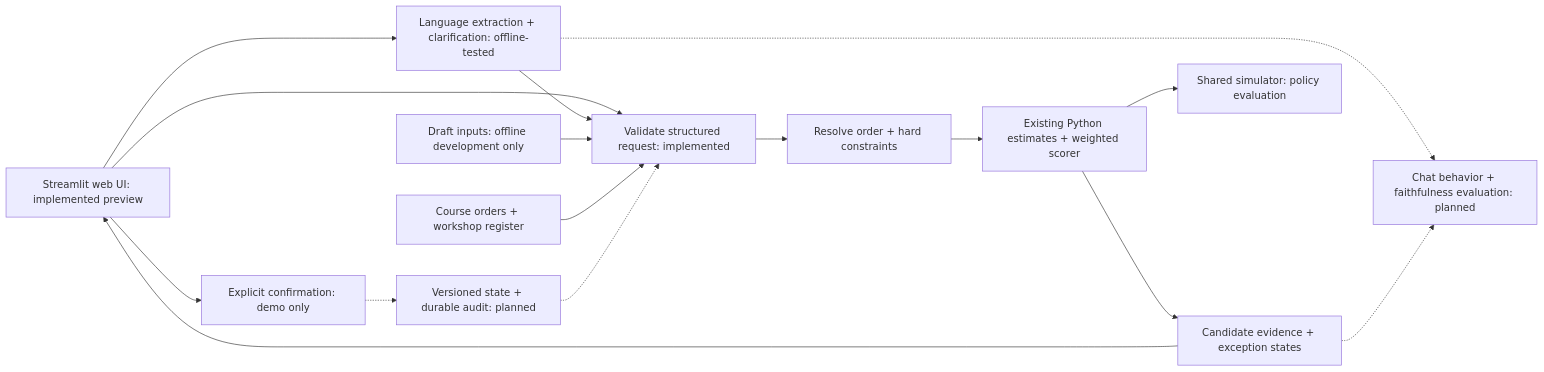
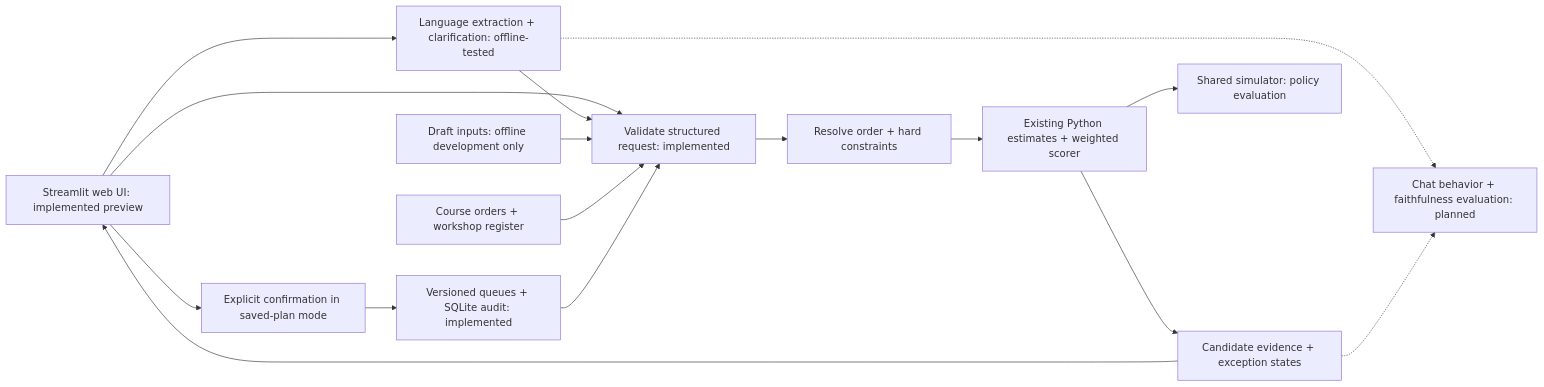
Before and after one commit to JoshuaGloor/dss5105-capstone-project: the diagram in docs/SPRINT1_ARCHITECTURE.md, drawn with Mermaid. The commit also changed other lines of this file and 26 other files, not shown here.

````diff
--- a/docs/SPRINT1_ARCHITECTURE.md
+++ b/docs/SPRINT1_ARCHITECTURE.md
@@ -12,18 +13,18 @@
 ```mermaid
 flowchart LR
     U[Streamlit web UI: implemented preview] --> L[Language extraction + clarification: offline-tested]
     U --> V
     L --> V[Validate structured request: implemented]
     F[Draft inputs: offline development only] --> V
     D[Course orders + workshop register] --> V
     V --> R[Resolve order + hard constraints]
     R --> A[Existing Python estimates + weighted scorer]
     A --> E[Candidate evidence + exception states]
     E --> U
-    U --> C[Explicit confirmation: demo only]
-    C -.-> S[Versioned state + durable audit: planned]
-    S -.-> V
+    U --> C[Explicit confirmation in saved-plan mode]
+    C --> S[Versioned queues + SQLite audit: implemented]
+    S --> V
     A --> H[Shared simulator: policy evaluation]
     L -.-> Q[Chat behavior + faithfulness evaluation: planned]
     E -.-> Q
 ```
````
